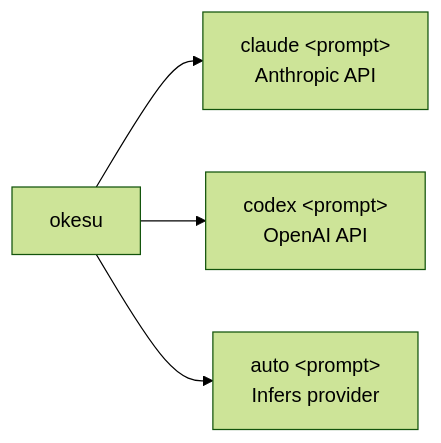
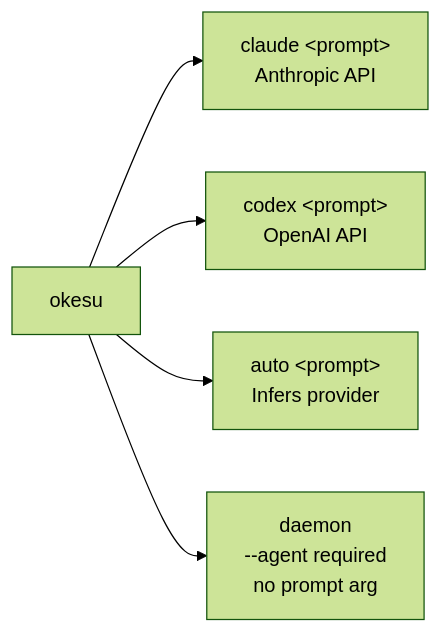
The third of 17 diagrams in docs/architecture.md (mrbrutti/okesu), drawn with Mermaid (forest theme) before and after one commit. The commit also changed other lines of this file, not shown here.

First line of the commit message:
docs: update architecture.md for Phases 2–7

````diff
--- a/docs/architecture.md
+++ b/docs/architecture.md
@@ -194,6 +161,7 @@
 ```mermaid
 graph LR
     okesu --> claude["claude &lt;prompt&gt;\nAnthropic API"]
     okesu --> codex["codex &lt;prompt&gt;\nOpenAI API"]
     okesu --> auto["auto &lt;prompt&gt;\nInfers provider"]
+    okesu --> daemon["daemon\n--agent required\nno prompt arg"]
 ```
````
